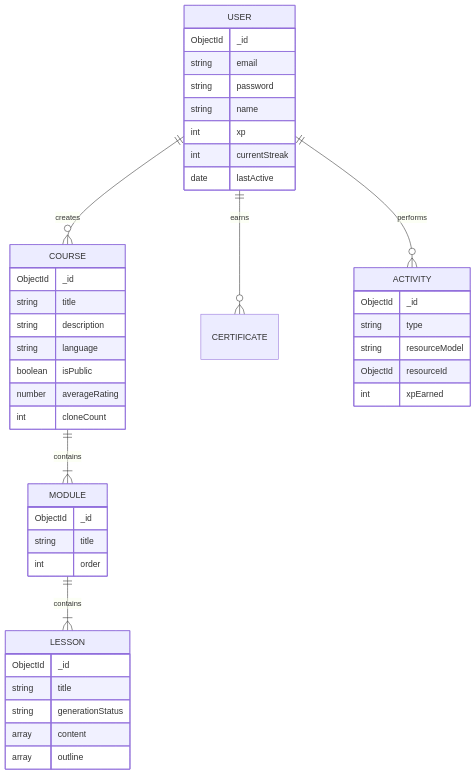
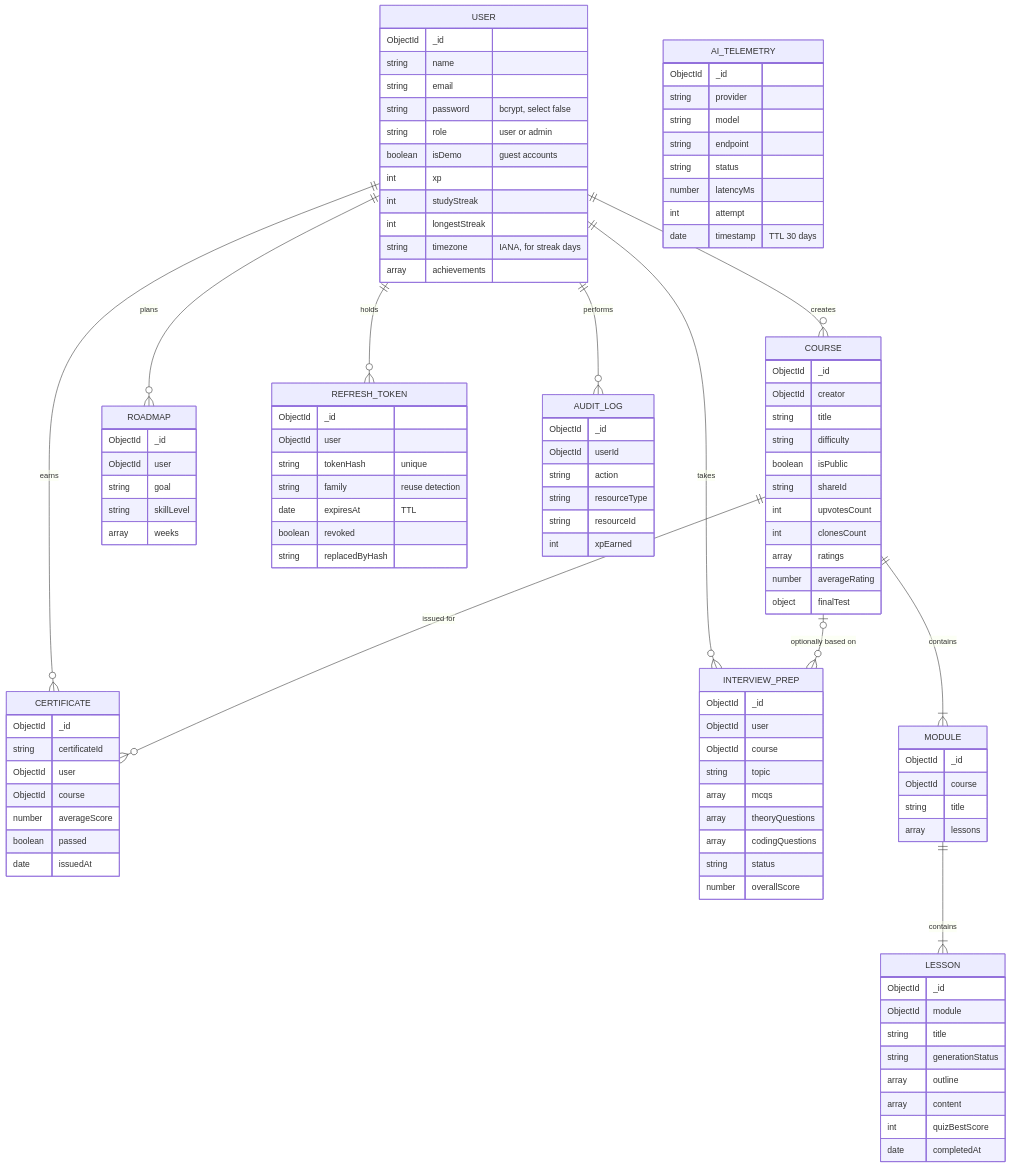
Before and after one commit to rahulpaul-07/smart-course-generator: the diagram in docs/architecture/database.md, drawn with Mermaid. The commit also changed other lines of this file, not shown here.

Commit message:
docs: sync README and docs with the code

````diff
--- a/docs/architecture/database.md
+++ b/docs/architecture/database.md
@@ -4,49 +7,109 @@
 erDiagram
     USER ||--o{ COURSE : creates
     USER ||--o{ CERTIFICATE : earns
-    USER ||--o{ ACTIVITY : performs
-    
+    USER ||--o{ INTERVIEW_PREP : takes
+    USER ||--o{ ROADMAP : plans
+    USER ||--o{ REFRESH_TOKEN : holds
+    USER ||--o{ AUDIT_LOG : performs
+    COURSE ||--|{ MODULE : contains
+    MODULE ||--|{ LESSON : contains
+    COURSE ||--o{ CERTIFICATE : "issued for"
+    COURSE |o--o{ INTERVIEW_PREP : "optionally based on"
+
     USER {
         ObjectId _id
+        string name
         string email
-        string password
-        string name
+        string password "bcrypt, select false"
+        string role "user or admin"
+        boolean isDemo "guest accounts"
         int xp
-        int currentStreak
-        date lastActive
+        int studyStreak
+        int longestStreak
+        string timezone "IANA, for streak days"
+        array achievements
     }
-    
-    COURSE ||--|{ MODULE : contains
     COURSE {
         ObjectId _id
+        ObjectId creator
         string title
-        string description
-        string language
+        string difficulty
         boolean isPublic
+        string shareId
+        int upvotesCount
+        int clonesCount
+        array ratings
         number averageRating
-        int cloneCount
+        object finalTest
     }
-    
-    MODULE ||--|{ LESSON : contains
     MODULE {
         ObjectId _id
+        ObjectId course
         string title
-        int order
+        array lessons
     }
-    
     LESSON {
         ObjectId _id
+        ObjectId module
         string title
         string generationStatus
+        array outline
         array content
-        array outline
+        int quizBestScore
+        date completedAt
     }
-    
-    ACTIVITY {
+    CERTIFICATE {
         ObjectId _id
-        string type
-        string resourceModel
-        ObjectId resourceId
+        string certificateId
+        ObjectId user
+        ObjectId course
+        number averageScore
+        boolean passed
+        date issuedAt
+    }
+    INTERVIEW_PREP {
+        ObjectId _id
+        ObjectId user
+        ObjectId course
+        string topic
+        array mcqs
+        array theoryQuestions
+        array codingQuestions
+        string status
+        number overallScore
+    }
+    ROADMAP {
+        ObjectId _id
+        ObjectId user
+        string goal
+        string skillLevel
+        array weeks
+    }
+    REFRESH_TOKEN {
+        ObjectId _id
+        ObjectId user
+        string tokenHash "unique"
+        string family "reuse detection"
+        date expiresAt "TTL"
+        boolean revoked
+        string replacedByHash
+    }
+    AUDIT_LOG {
+        ObjectId _id
+        ObjectId userId
+        string action
+        string resourceType
+        string resourceId
         int xpEarned
     }
+    AI_TELEMETRY {
+        ObjectId _id
+        string provider
+        string model
+        string endpoint
+        string status
+        number latencyMs
+        int attempt
+        date timestamp "TTL 30 days"
+    }
 ```
````
